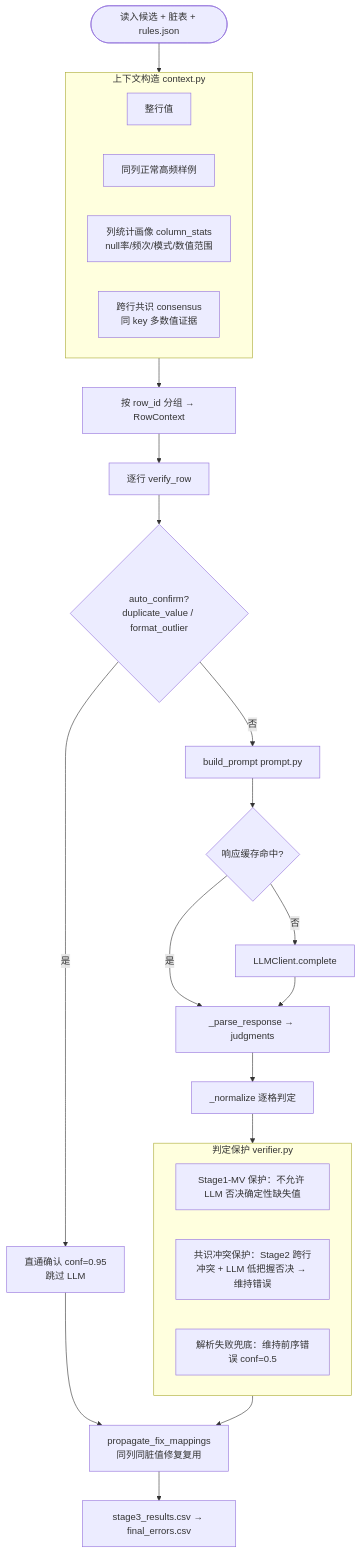
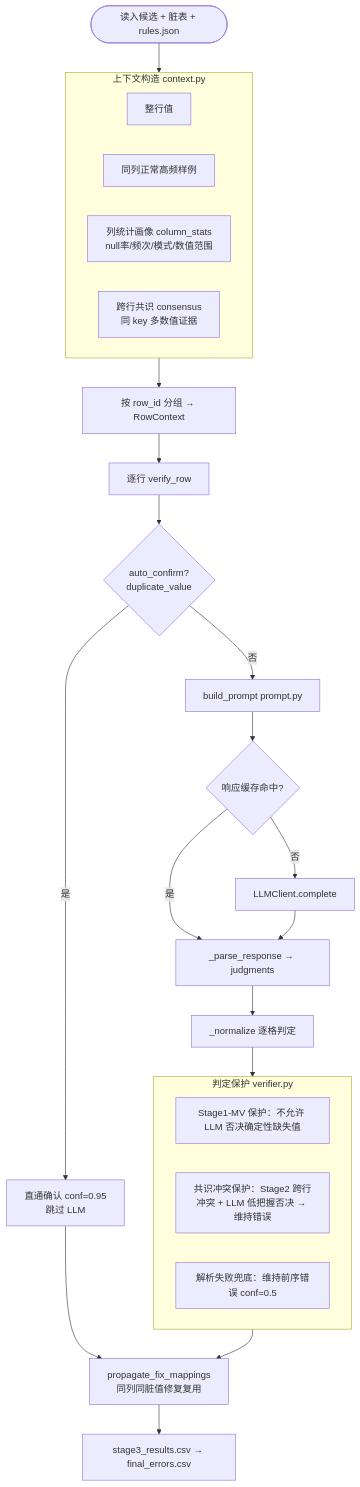
One commit to 1993371829/error_detect changed the fifth of 5 diagrams in PIPELINE.md. Above: the diagram before and after it, drawn with Mermaid. The commit also changed other lines of this file and 36 other files, not shown here.

````diff
--- a/PIPELINE.md
+++ b/PIPELINE.md
@@ -385,36 +423,36 @@
 ```mermaid
 flowchart TD
     START(["读入候选 + 脏表 + rules.json"]) --> LOAD
 
     subgraph LOAD["上下文构造 context.py"]
         L1["整行值"]
         L2["同列正常高频样例"]
         L3["列统计画像 column_stats<br/>null率/频次/模式/数值范围"]
         L4["跨行共识 consensus<br/>同 key 多数值证据"]
     end
 
     LOAD --> GROUP["按 row_id 分组 → RowContext"]
     GROUP --> ROW_LOOP["逐行 verify_row"]
 
-    ROW_LOOP --> AUTO{"auto_confirm?<br/>duplicate_value / format_outlier"}
+    ROW_LOOP --> AUTO{"auto_confirm?<br/>duplicate_value"}
     AUTO -->|是| ACONF["直通确认 conf=0.95<br/>跳过 LLM"]
     AUTO -->|否| PROMPT["build_prompt prompt.py"]
 
     PROMPT --> CACHE{"响应缓存命中?"}
     CACHE -->|否| LLM["LLMClient.complete"]
     CACHE -->|是| PARSE
     LLM --> PARSE["_parse_response → judgments"]
 
     PARSE --> NORM["_normalize 逐格判定"]
     NORM --> PROT["保护机制"]
     ACONF --> PROP
 
     subgraph PROT["判定保护 verifier.py"]
         MV["Stage1-MV 保护：不允许 LLM 否决确定性缺失值"]
         CON["共识冲突保护：Stage2 跨行冲突 + LLM 低把握否决 → 维持错误"]
         FB["解析失败兜底：维持前序错误 conf=0.5"]
     end
 
     PROT --> PROP["propagate_fix_mappings<br/>同列同脏值修复复用"]
     PROP --> OUT["stage3_results.csv → final_errors.csv"]
 ```
````
